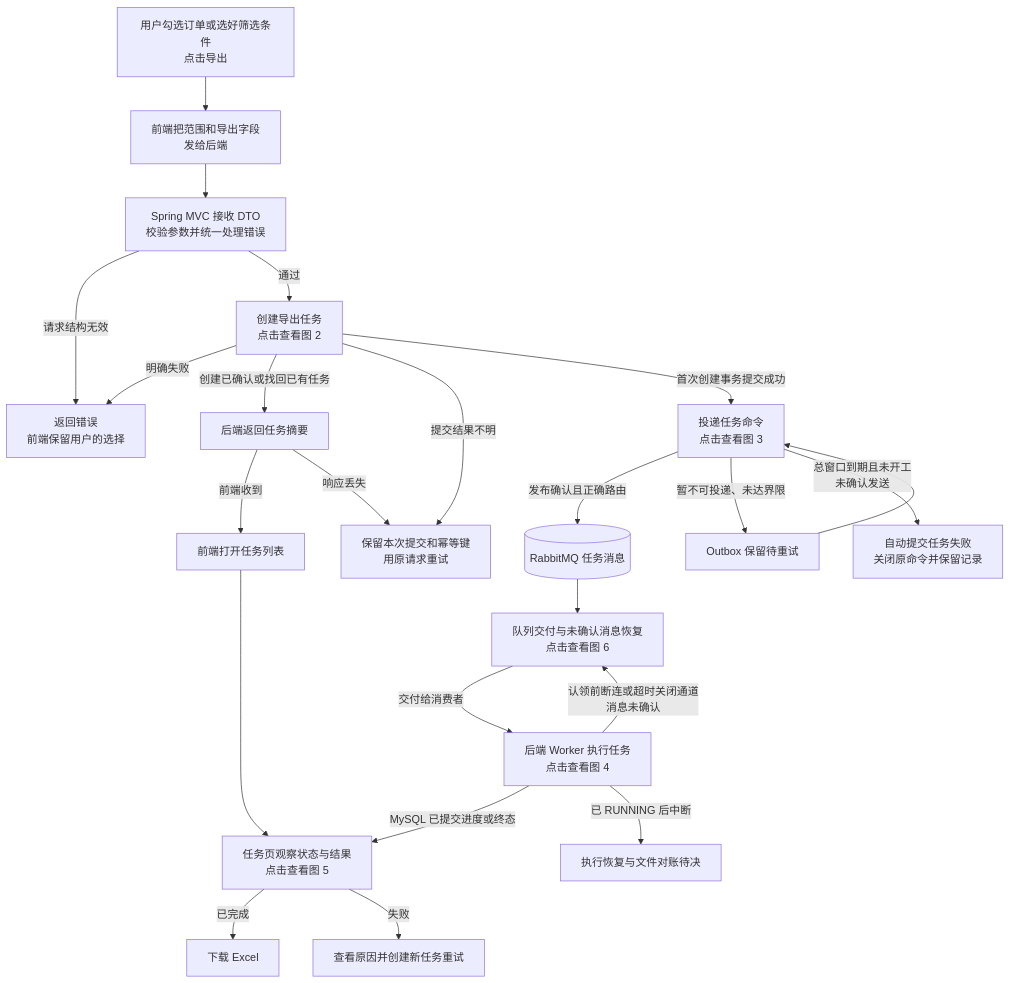
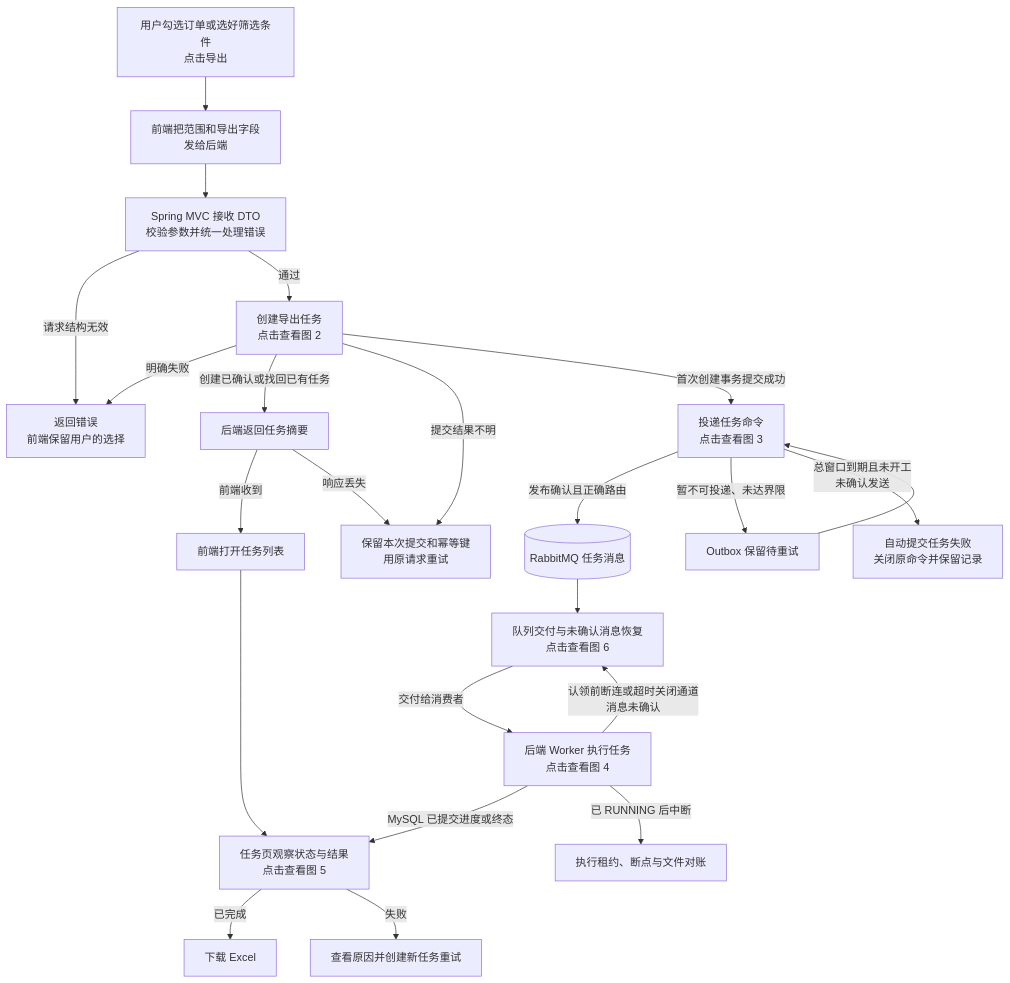
One commit to yxyxy666/export-flow changed the first of 6 diagrams in DATA-FLOW.md. Above: the diagram before and after it, drawn with Mermaid. The commit also changed other lines of this file and 31 other files, not shown here.

````diff
--- a/DATA-FLOW.md
+++ b/DATA-FLOW.md
@@ -18,30 +18,30 @@
 ```mermaid
 flowchart TD
   A[用户勾选订单或选好筛选条件<br/>点击导出] --> B[前端把范围和导出字段<br/>发给后端]
   B --> C[Spring MVC 接收 DTO<br/>校验参数并统一处理错误]
   C -->|请求结构无效| E[返回错误<br/>前端保留用户的选择]
   C -->|通过| CREATE[创建导出任务<br/>点击查看图 2]
   CREATE -->|明确失败| E
   CREATE -->|创建已确认或找回已有任务| R[后端返回任务摘要]
   CREATE -->|提交结果不明| U[保留本次提交和幂等键<br/>用原请求重试]
   CREATE -->|首次创建事务提交成功| DISPATCH[投递任务命令<br/>点击查看图 3]
   R -->|前端收到| VIEW[前端打开任务列表]
   R -->|响应丢失| U
   DISPATCH -->|发布确认且正确路由| Q[(RabbitMQ 任务消息)]
   DISPATCH -->|暂不可投递、未达界限| HOLD[Outbox 保留待重试]
   HOLD --> DISPATCH
   DISPATCH -->|总窗口到期且未开工<br/>未确认发送| ALERT[自动提交任务失败<br/>关闭原命令并保留记录]
   Q --> DELIVERY[队列交付与未确认消息恢复<br/>点击查看图 6]
   DELIVERY -->|交付给消费者| EXEC[后端 Worker 执行任务<br/>点击查看图 4]
   EXEC -->|认领前断连或超时关闭通道<br/>消息未确认| DELIVERY
   EXEC -->|MySQL 已提交进度或终态| OBSERVE[任务页观察状态与结果<br/>点击查看图 5]
-  EXEC -->|已 RUNNING 后中断| RECOVER[执行恢复与文件对账待决]
+  EXEC -->|已 RUNNING 后中断| RECOVER[执行租约、断点与文件对账]
   VIEW --> OBSERVE
   OBSERVE -->|已完成| DOWNLOAD[下载 Excel]
   OBSERVE -->|失败| RETRY[查看原因并创建新任务重试]
   click CREATE href "#figure-2" "查看图 2：创建导出任务细节流程"
   click DISPATCH href "#figure-3" "查看图 3：任务命令投递细节流程"
   click EXEC href "#figure-4" "查看图 4：Worker 执行细节流程"
   click OBSERVE href "#figure-5" "查看图 5：任务状态观察细节流程"
   click DELIVERY href "#figure-6" "查看图 6：队列交付与未确认消息恢复细节流程"
 ```
````
